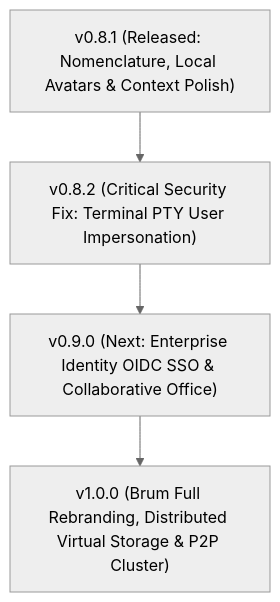
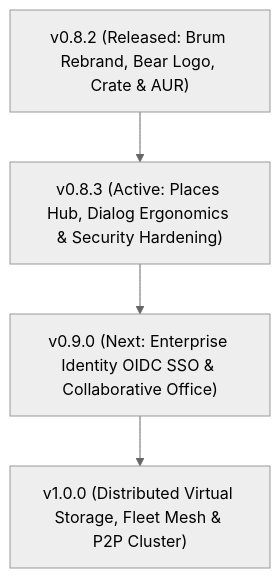
One commit to Woofson/brum changed the diagram in ROADMAP.md. Above: the diagram before and after it, drawn with Mermaid (neutral theme). The commit also changed other lines of this file, not shown here.

Commit message:
docs(roadmap): synchronize v0.8.3 sprint backlog with GitHub issues and todo items

````diff
--- a/ROADMAP.md
+++ b/ROADMAP.md
@@ -97,6 +97,6 @@
 ```mermaid
 graph TD
-    A["v0.8.1 (Released: Nomenclature, Local Avatars & Context Polish)"] --> B["v0.8.2 (Critical Security Fix: Terminal PTY User Impersonation)"]
+    A["v0.8.2 (Released: Brum Rebrand, Bear Logo, Crate & AUR)"] --> B["v0.8.3 (Active: Places Hub, Dialog Ergonomics & Security Hardening)"]
     B --> C["v0.9.0 (Next: Enterprise Identity OIDC SSO & Collaborative Office)"]
-    C --> D["v1.0.0 (Brum Full Rebranding, Distributed Virtual Storage & P2P Cluster)"]
+    C --> D["v1.0.0 (Distributed Virtual Storage, Fleet Mesh & P2P Cluster)"]
 ```
````
